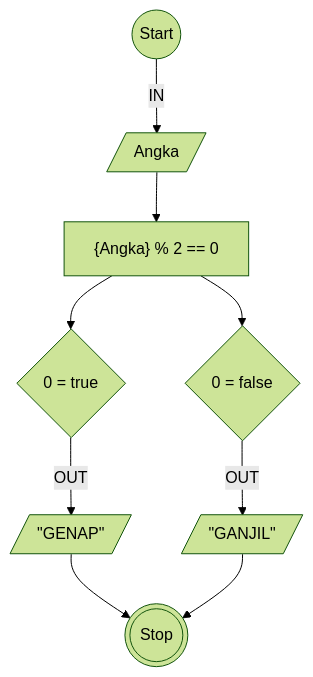
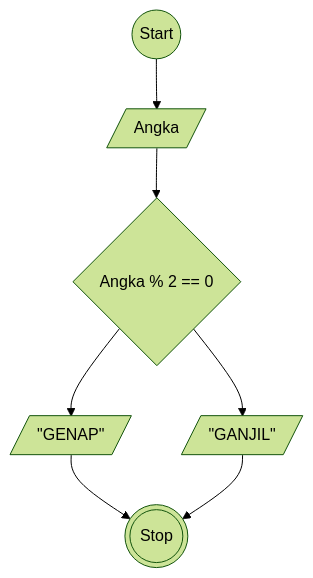
The diagram in Ganjil_Genap.md (almarufh/Koda-B8-Algoritma), drawn with Mermaid (forest theme) before and after one commit. The commit also changed other lines of this file, not shown here.

````diff
--- a/Ganjil_Genap.md
+++ b/Ganjil_Genap.md
@@ -19,22 +19,18 @@
 ```mermaid
 flowchart TD
 
 A@{ shape: circle, label: "Start" }
 B@{ shape: lean-r, label: "Angka" }
-C@{ shape: rect, label: "{Angka} % 2 == 0" }
-D@{ shape: diamond, label: "0 = true" }
-E@{ shape: diamond, label: "0 = false" }
+C@{ shape: diamond, label: "Angka % 2 == 0" }
 F@{ shape: lean-r, label: '"GANJIL"' }
 G@{ shape: lean-r, label: '"GENAP"' }
 H@{ shape: dbl-circ, label: "Stop" }
 
-A --IN--> B
+A --> B
 B --> C
-C --> D
-C --> E
-D --OUT--> G
-E --OUT--> F
+C --> G
+C --> F
 G --> H
 F --> H
 
 ```
````
